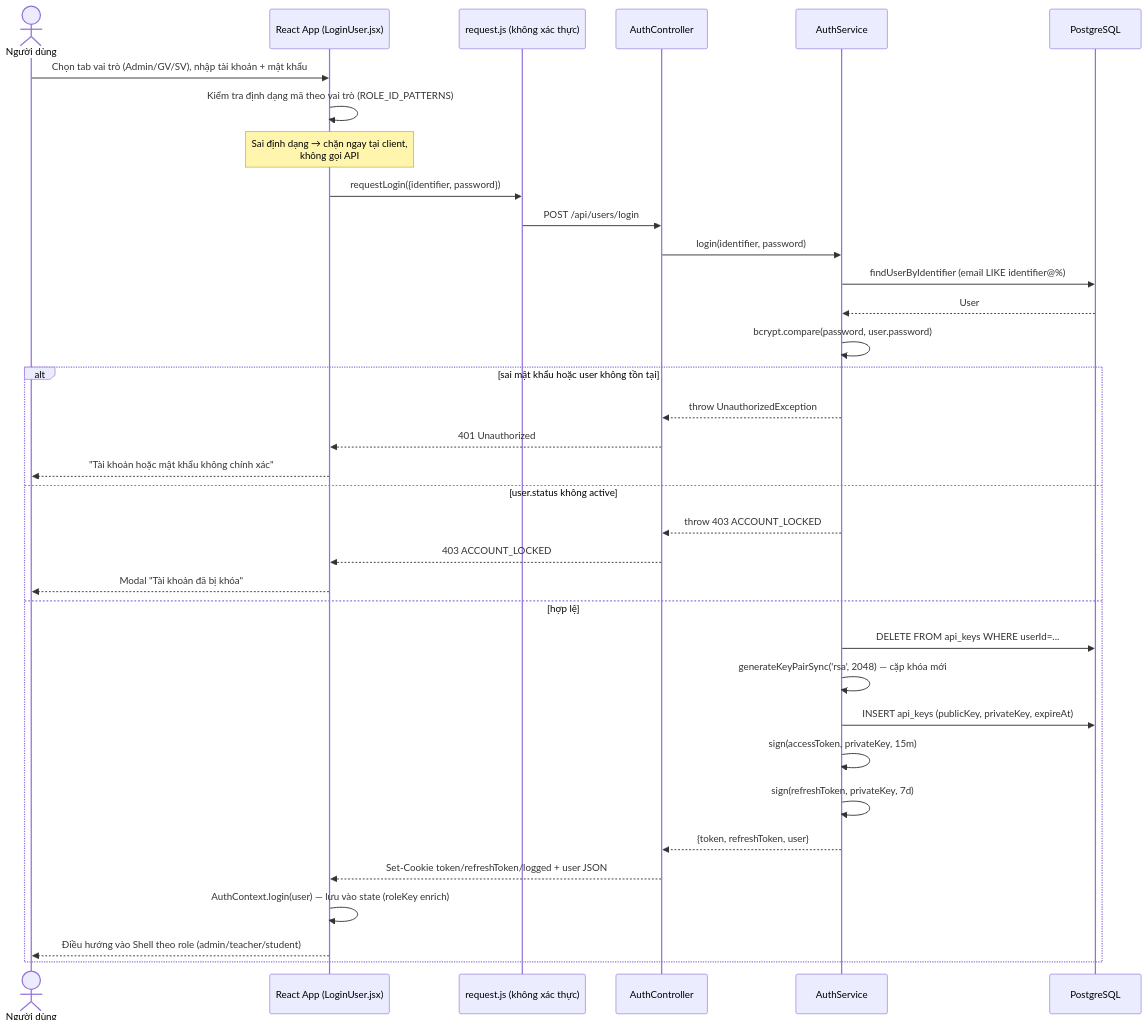
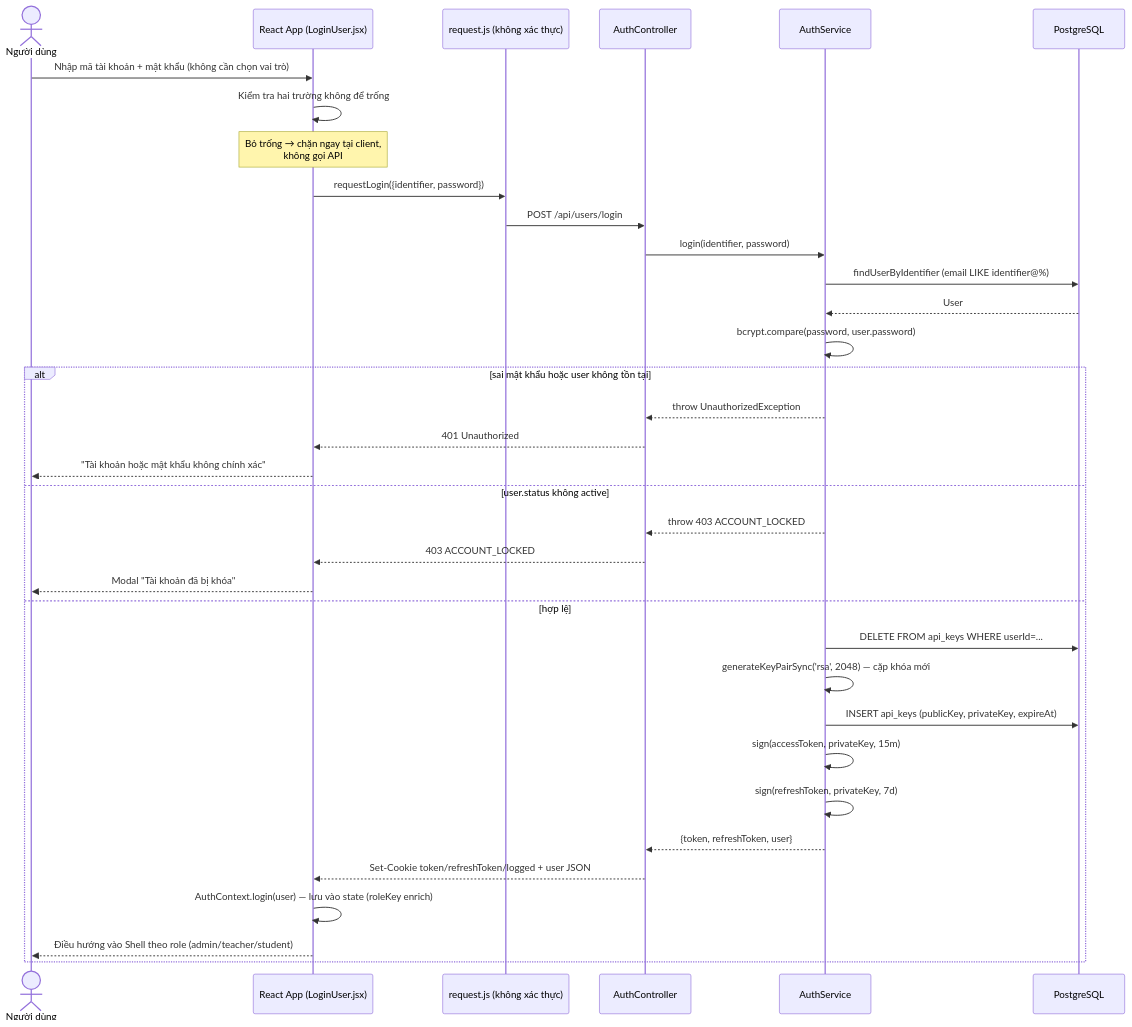
Before and after one commit to tungns0804/Education_Management: the first of 22 diagrams in documents/04-sequence-nghiep-vu.md, drawn with Mermaid. The commit also changed other lines of this file and 22 other files, not shown here.

````diff
--- a/documents/04-sequence-nghiep-vu.md
+++ b/documents/04-sequence-nghiep-vu.md
@@ -7,38 +7,38 @@
 ```mermaid
 sequenceDiagram
     actor U as Người dùng
     participant C as React App (LoginUser.jsx)
     participant Http as request.js (không xác thực)
     participant Ctrl as AuthController
     participant Svc as AuthService
     participant DB as PostgreSQL
 
-    U->>C: Chọn tab vai trò (Admin/GV/SV), nhập tài khoản + mật khẩu
-    C->>C: Kiểm tra định dạng mã theo vai trò (ROLE_ID_PATTERNS)
-    Note over C: Sai định dạng → chặn ngay tại client,<br/>không gọi API
+    U->>C: Nhập mã tài khoản + mật khẩu (không cần chọn vai trò)
+    C->>C: Kiểm tra hai trường không để trống
+    Note over C: Bỏ trống → chặn ngay tại client,<br/>không gọi API
     C->>Http: requestLogin({identifier, password})
     Http->>Ctrl: POST /api/users/login
     Ctrl->>Svc: login(identifier, password)
     Svc->>DB: findUserByIdentifier (email LIKE identifier@%)
     DB-->>Svc: User
     Svc->>Svc: bcrypt.compare(password, user.password)
     alt sai mật khẩu hoặc user không tồn tại
         Svc-->>Ctrl: throw UnauthorizedException
         Ctrl-->>C: 401 Unauthorized
         C-->>U: "Tài khoản hoặc mật khẩu không chính xác"
     else user.status không active
         Svc-->>Ctrl: throw 403 ACCOUNT_LOCKED
         Ctrl-->>C: 403 ACCOUNT_LOCKED
         C-->>U: Modal "Tài khoản đã bị khóa"
     else hợp lệ
         Svc->>DB: DELETE FROM api_keys WHERE userId=...
         Svc->>Svc: generateKeyPairSync('rsa', 2048) — cặp khóa mới
         Svc->>DB: INSERT api_keys (publicKey, privateKey, expireAt)
         Svc->>Svc: sign(accessToken, privateKey, 15m)
         Svc->>Svc: sign(refreshToken, privateKey, 7d)
         Svc-->>Ctrl: {token, refreshToken, user}
         Ctrl-->>C: Set-Cookie token/refreshToken/logged + user JSON
         C->>C: AuthContext.login(user) — lưu vào state (roleKey enrich)
         C-->>U: Điều hướng vào Shell theo role (admin/teacher/student)
     end
 ```
````
